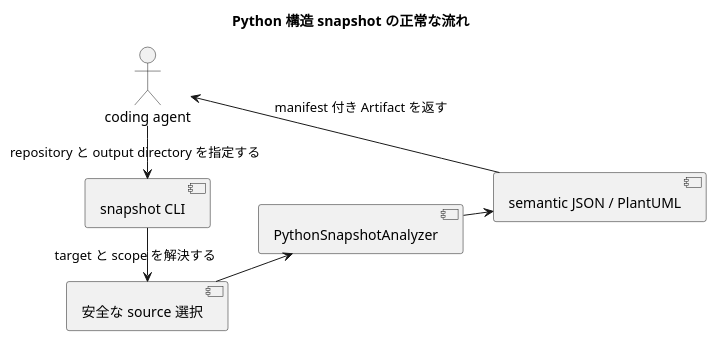
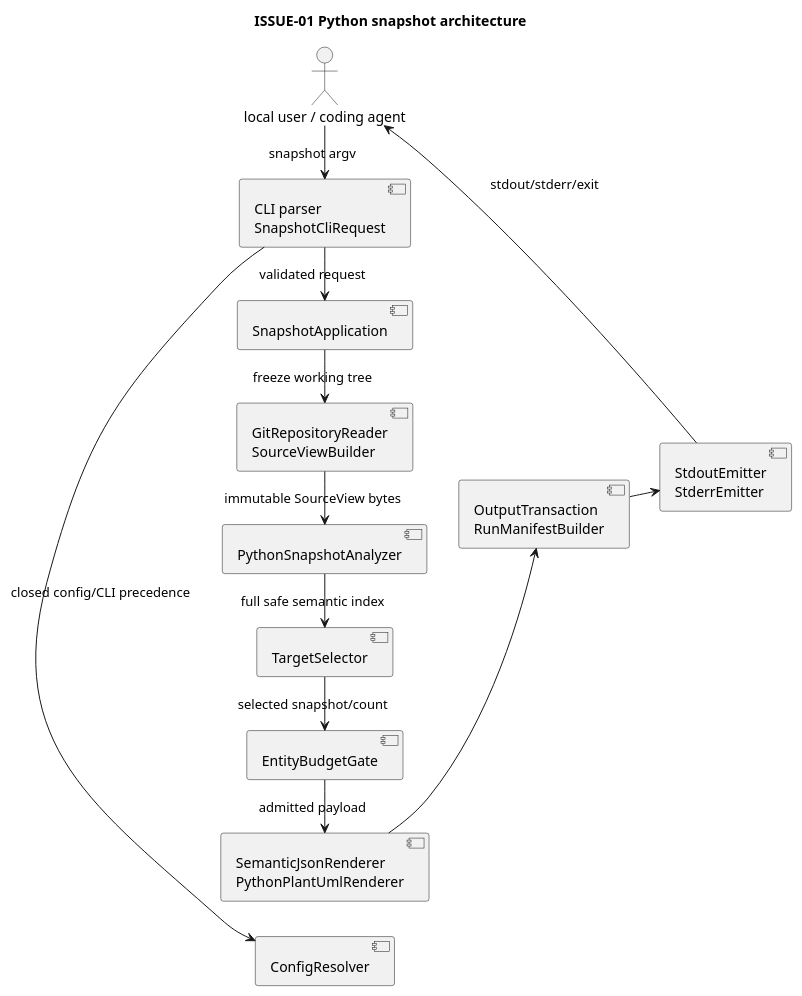
One commit to chemitaro/code-structure-viz changed the first of 2 diagrams in spec-dock/initiatives/init-00001-code-structure-visualization/epics/epic-00002-safe-git-structure-comparison/issues/iss-00004-generate-python-structure-snapshots/design.md. Above: the diagram before and after it, drawn with PlantUML. The commit also changed other lines of this file and 2 other files, not shown here.

Commit message:
docs: PythonスナップショットIssueの要件・設計・計画を再整理 - 静的AST解析、SourceView、成果物、CLI、失敗分類の契約を具体化 - TDD順序、受け入れ条件、CI・セキュリティ・決定性検証を拡充

````diff
--- a/spec-dock/initiatives/init-00001-code-structure-visualization/epics/epic-00002-safe-git-structure-comparison/issues/iss-00004-generate-python-structure-snapshots/design.md
+++ b/spec-dock/initiatives/init-00001-code-structure-visualization/epics/epic-00002-safe-git-structure-comparison/issues/iss-00004-generate-python-structure-snapshots/design.md
@@ -208,16 +49,28 @@
 ```plantuml
 @startuml
-title Python 構造 snapshot の正常な流れ
+title ISSUE-01 Python snapshot architecture
 left to right direction
-actor "coding agent" as Agent
-component "snapshot CLI" as CLI
-component "安全な source 選択" as Source
+actor "local user / coding agent" as User
+component "CLI parser\nSnapshotCliRequest" as CLI
+component "SnapshotApplication" as App
+component "ConfigResolver" as Config
+component "GitRepositoryReader\nSourceViewBuilder" as Source
 component "PythonSnapshotAnalyzer" as Analyzer
-component "semantic JSON / PlantUML" as Output
-Agent -> CLI : repository と output directory を指定する
-CLI -> Source : target と scope を解決する
-Source -> Analyzer : source bytes と provenance を渡す
-Analyzer -> Output : class・member・relation を生成する
-Output --> Agent : manifest 付き Artifact を返す
+component "TargetSelector" as Selector
+component "EntityBudgetGate" as Budget
+component "SemanticJsonRenderer\nPythonPlantUmlRenderer" as Render
+component "OutputTransaction\nRunManifestBuilder" as Output
+component "StdoutEmitter\nStderrEmitter" as Streams
+User -> CLI : snapshot argv
+CLI -> Config : closed config/CLI precedence
+CLI -> App : validated request
+App -> Source : freeze working tree
+Source -> Analyzer : immutable SourceView bytes
+Analyzer -> Selector : full safe semantic index
+Selector -> Budget : selected snapshot/count
+Budget -> Render : admitted payload
+Render -> Output : exact bytes + outcome
+Output -> Streams : committed result
+Streams --> User : stdout/stderr/exit
 @enduml
 ```
````
